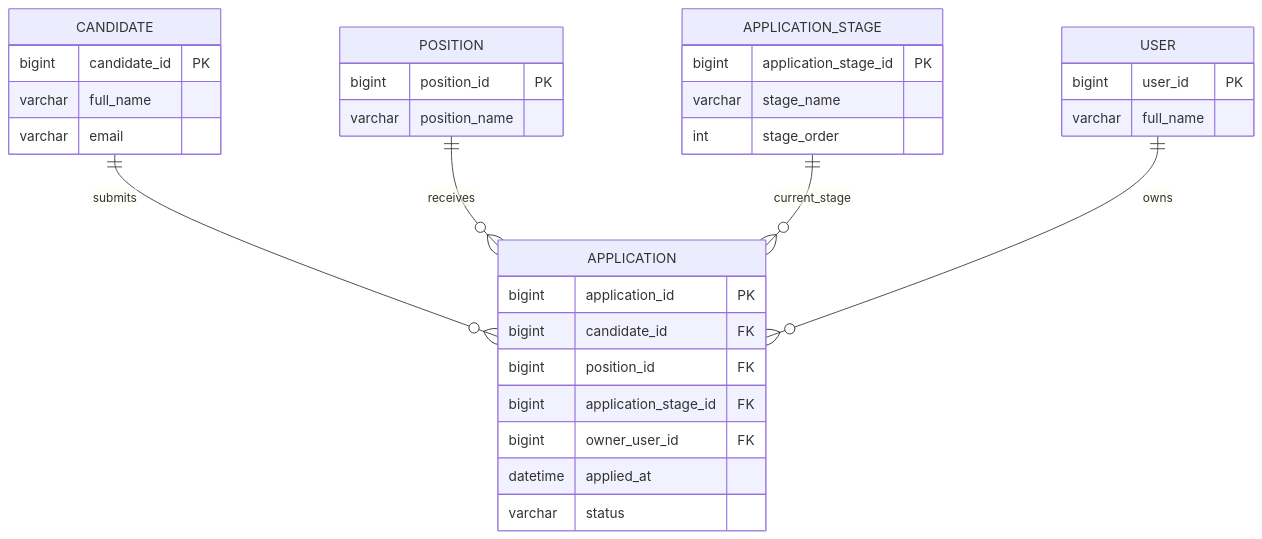
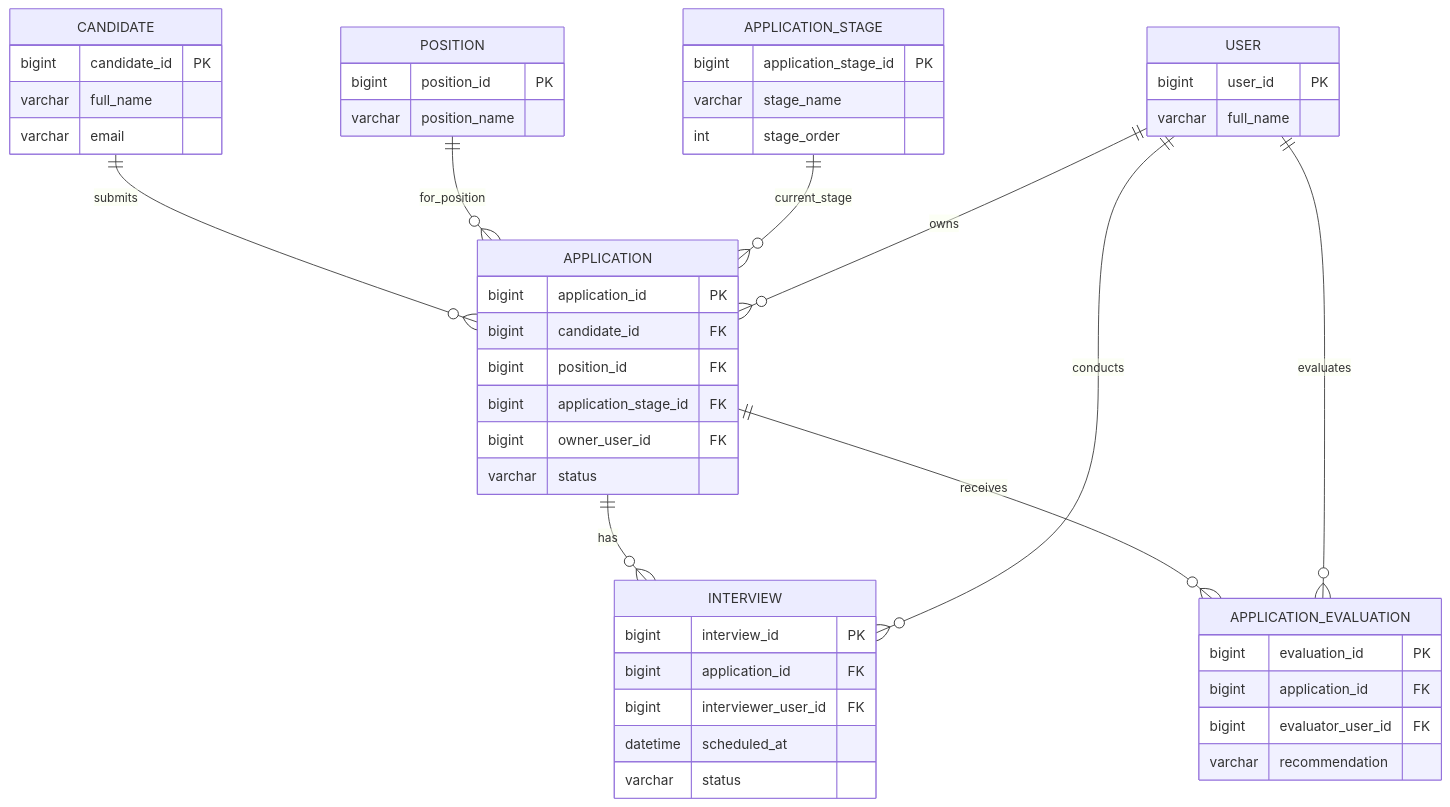
Before and after one commit to Huy1801214/HR: the second of 7 diagrams in docs/README.md, drawn with Mermaid. The commit also changed other lines of this file, not shown here.

Commit message:
dd HR platform onboarding documentation and entity relationship diagrams

````diff
--- a/docs/README.md
+++ b/docs/README.md
@@ -129,43 +129,68 @@
 ```mermaid
 erDiagram
 
     CANDIDATE {
         bigint candidate_id PK
         varchar full_name
         varchar email
     }
 
     POSITION {
         bigint position_id PK
         varchar position_name
     }
 
     APPLICATION_STAGE {
         bigint application_stage_id PK
         varchar stage_name
         int stage_order
     }
 
     USER {
         bigint user_id PK
         varchar full_name
     }
 
     APPLICATION {
         bigint application_id PK
         bigint candidate_id FK
         bigint position_id FK
         bigint application_stage_id FK
         bigint owner_user_id FK
-        datetime applied_at
         varchar status
     }
 
+    INTERVIEW {
+        bigint interview_id PK
+        bigint application_id FK
+        bigint interviewer_user_id FK
+        datetime scheduled_at
+        varchar status
+    }
+
+    APPLICATION_EVALUATION {
+        bigint evaluation_id PK
+        bigint application_id FK
+        bigint evaluator_user_id FK
+        varchar recommendation
+    }
+
+
     CANDIDATE ||--o{ APPLICATION : submits
 
-    POSITION ||--o{ APPLICATION : receives
+    POSITION ||--o{ APPLICATION : for_position
 
     APPLICATION_STAGE ||--o{ APPLICATION : current_stage
 
     USER ||--o{ APPLICATION : owns
+
+
+    APPLICATION ||--o{ INTERVIEW : has
+
+    USER ||--o{ INTERVIEW : conducts
+
+
+    APPLICATION ||--o{ APPLICATION_EVALUATION : receives
+
+    USER ||--o{ APPLICATION_EVALUATION : evaluates
 ```
````
